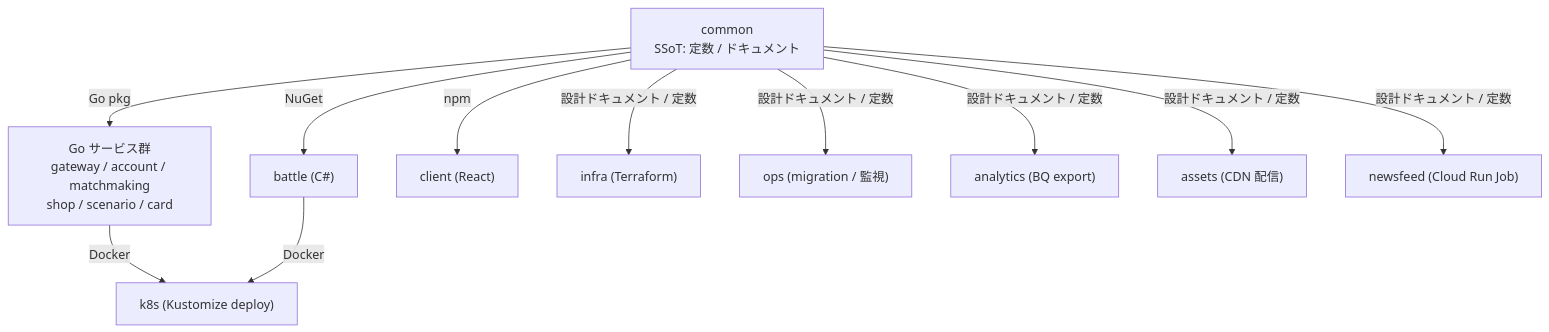
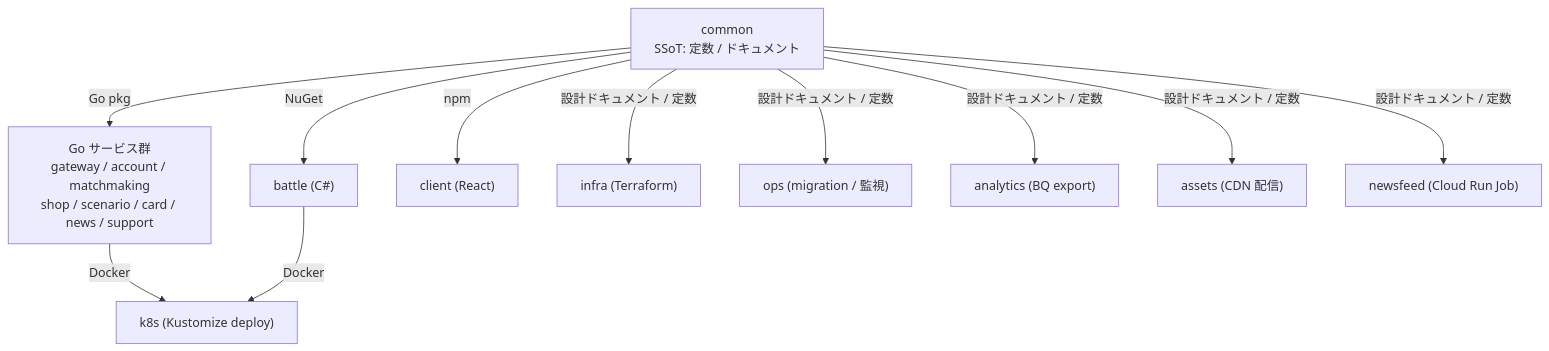
The first of 2 diagrams in docs/architecture/SYSTEM_OVERVIEW.md (kenyamaneko/overload-party-common), drawn with Mermaid before and after one commit. The commit also changed other lines of this file, not shown here.

First line of the commit message:
docs: SYSTEM_OVERVIEW.md に news / support サービスを追記

````diff
--- a/docs/architecture/SYSTEM_OVERVIEW.md
+++ b/docs/architecture/SYSTEM_OVERVIEW.md
@@ -79,19 +85,19 @@
 ```mermaid
 graph TD
     common["common<br/>SSoT: 定数 / ドキュメント"]
 
-    common -->|"Go pkg"| gosvcs["Go サービス群<br/>gateway / account / matchmaking<br/>shop / scenario / card"]
+    common -->|"Go pkg"| gosvcs["Go サービス群<br/>gateway / account / matchmaking<br/>shop / scenario / card / news / support"]
     common -->|"NuGet"| battle["battle (C#)"]
     common -->|"npm"| client["client (React)"]
 
     gosvcs -->|Docker| k8s["k8s (Kustomize deploy)"]
     battle -->|Docker| k8s
 
     infra["infra (Terraform)"]
     ops["ops (migration / 監視)"]
     analytics["analytics (BQ export)"]
     assets["assets (CDN 配信)"]
     newsfeed["newsfeed (Cloud Run Job)"]
 
     common -->|"設計ドキュメント / 定数"| infra & ops & analytics & assets & newsfeed
 ```
````
